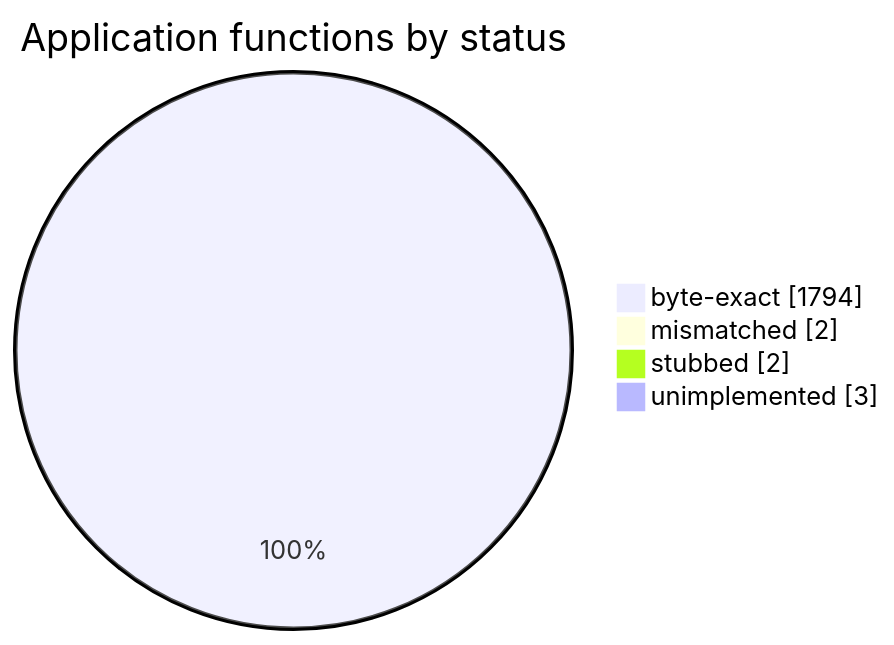
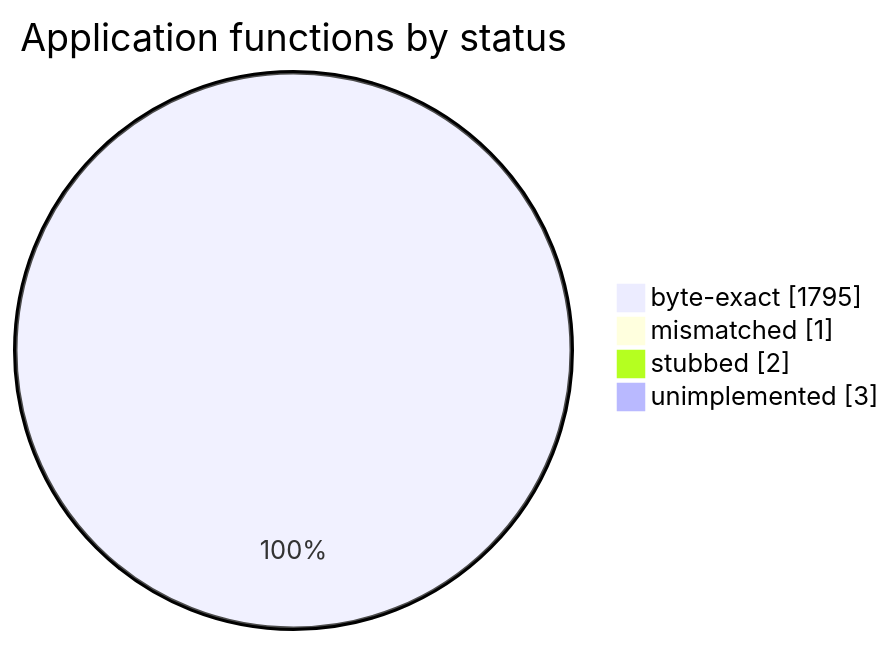
Before and after one commit to sorokya/eos: the diagram in README.md, drawn with Mermaid. The commit also changed other lines of this file and 2 other files, not shown here.

Commit message:
Spell_Execute byte-exact: positive && wrapper (not negative guard); sheet 1794->1795 rows, 649213->666662 bytes (99.8%)

````diff
--- a/README.md
+++ b/README.md
@@ -154,8 +154,8 @@
 ```mermaid
 pie showData
     title Application functions by status
-    "byte-exact" : 1794
-    "mismatched" : 2
+    "byte-exact" : 1795
+    "mismatched" : 1
     "stubbed" : 2
     "unimplemented" : 3
 ```
````
